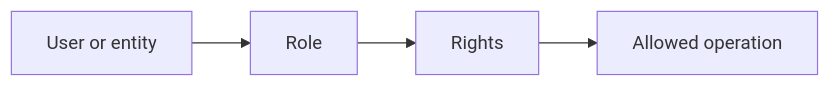
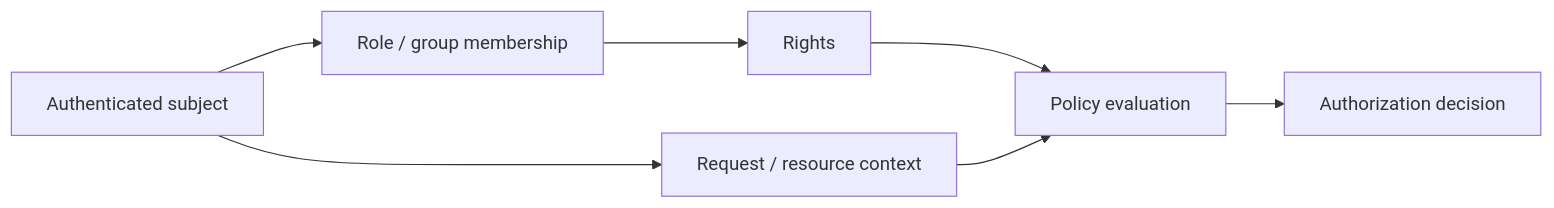
One commit to shuklasp/spp changed the third of 4 diagrams in documentation/handbook/17-authentication-and-authorization.md. Above: the diagram before and after it, drawn with Mermaid. The commit also changed other lines of this file, not shown here.

Commit message:
docs: reconcile identity chapter with platform architecture

````diff
--- a/documentation/handbook/17-authentication-and-authorization.md
+++ b/documentation/handbook/17-authentication-and-authorization.md
@@ -164,6 +122,9 @@
 ```mermaid
 flowchart LR
-    U[User or entity] --> R[Role]
-    R --> P[Rights]
-    P --> A[Allowed operation]
+    Subject[Authenticated subject] --> Role[Role / group membership]
+    Role --> Right[Rights]
+    Subject --> Context[Request / resource context]
+    Right --> Policy[Policy evaluation]
+    Context --> Policy
+    Policy --> Decision[Authorization decision]
 ```
````
